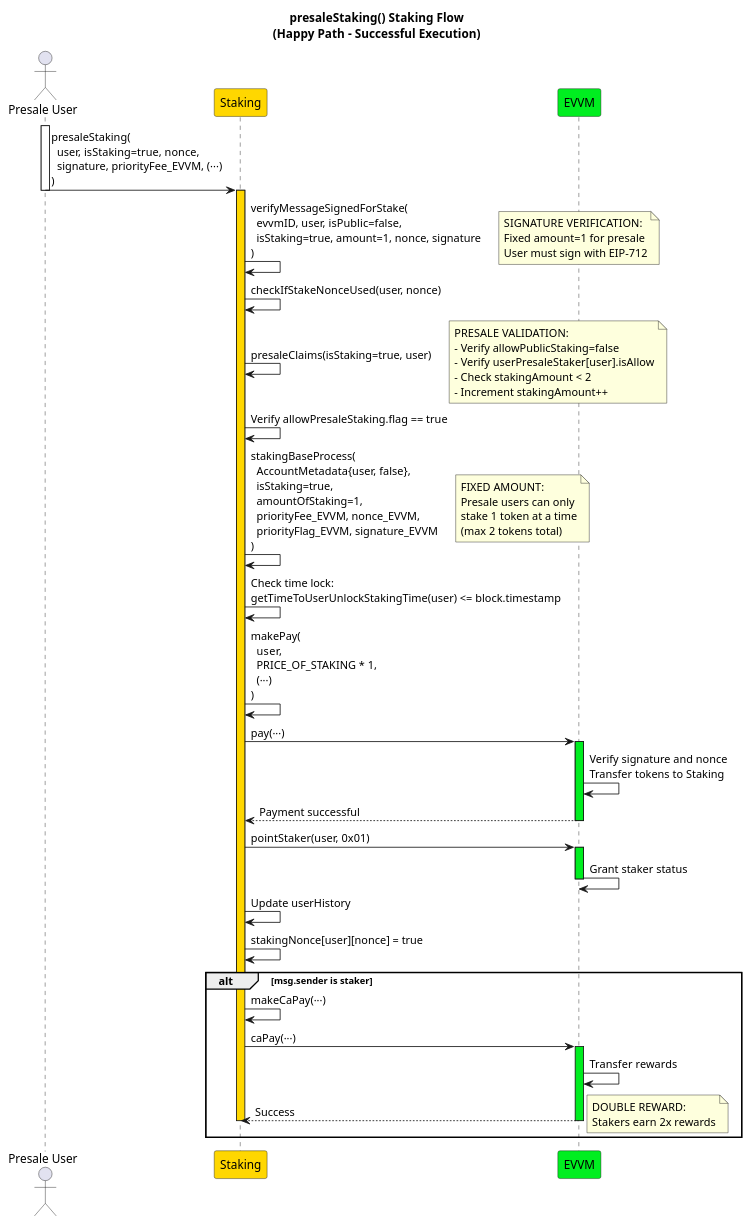
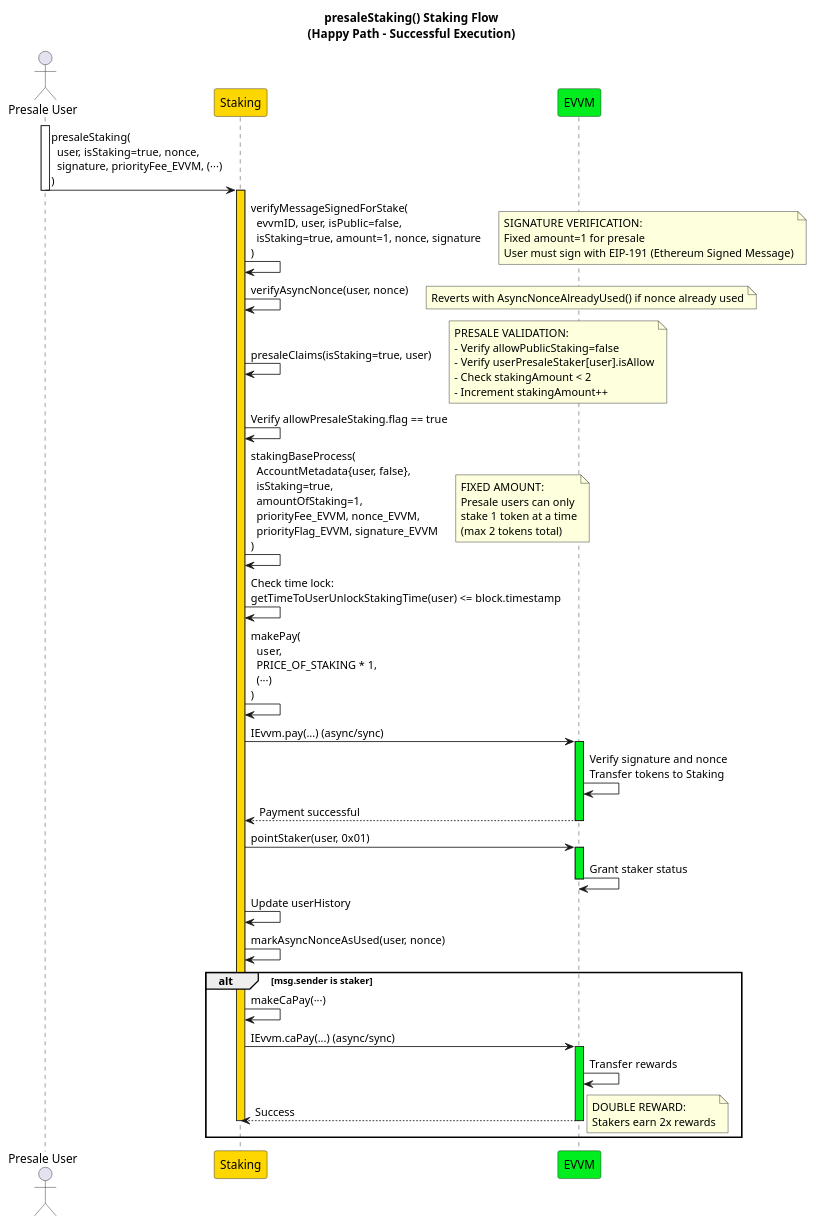
Before and after one commit to EVVM-org/documentation-website: the diagram in docs/04-Contracts/03-Staking/02-StakingContract/01-StakingFunctions/img/_plantUML/02presaleStaking/presaleStaking_Staking_HappyPath.puml, drawn with PlantUML. The commit also changed 134 other files, not shown here.

```diff
--- a/docs/04-Contracts/03-Staking/02-StakingContract/01-StakingFunctions/img/_plantUML/02presaleStaking/presaleStaking_Staking_HappyPath.puml
+++ b/docs/04-Contracts/03-Staking/02-StakingContract/01-StakingFunctions/img/_plantUML/02presaleStaking/presaleStaking_Staking_HappyPath.puml
@@ -1,68 +1,69 @@
 @startuml
 
 <style>
 document {
   BackGroundColor white
 }
 </style>
 
 title presaleStaking() Staking Flow\n(Happy Path - Successful Execution)
 
 actor "Presale User" as user
 participant "Staking" as staking #FFD700
 participant "EVVM" as evvm #00EE20
 
 activate user
 
 user -> staking : presaleStaking(\n  user, isStaking=true, nonce,\n  signature, priorityFee_EVVM, (···)\n)
 
 deactivate user
 
 activate staking #FFD700
 
 staking -> staking : verifyMessageSignedForStake(\n  evvmID, user, isPublic=false,\n  isStaking=true, amount=1, nonce, signature\n)
-note right : SIGNATURE VERIFICATION:\nFixed amount=1 for presale\nUser must sign with EIP-712
+note right : SIGNATURE VERIFICATION:\nFixed amount=1 for presale\nUser must sign with EIP-191 (Ethereum Signed Message)
 
-staking -> staking : checkIfStakeNonceUsed(user, nonce)
+staking -> staking : verifyAsyncNonce(user, nonce)
+note right : Reverts with AsyncNonceAlreadyUsed() if nonce already used
 
 staking -> staking : presaleClaims(isStaking=true, user)
 note right : PRESALE VALIDATION:\n- Verify allowPublicStaking=false\n- Verify userPresaleStaker[user].isAllow\n- Check stakingAmount < 2\n- Increment stakingAmount++
 
 staking -> staking : Verify allowPresaleStaking.flag == true
 
 staking -> staking : stakingBaseProcess(\n  AccountMetadata{user, false},\n  isStaking=true,\n  amountOfStaking=1,\n  priorityFee_EVVM, nonce_EVVM,\n  priorityFlag_EVVM, signature_EVVM\n)
 note right : FIXED AMOUNT:\nPresale users can only\nstake 1 token at a time\n(max 2 tokens total)
 
 staking -> staking : Check time lock:\ngetTimeToUserUnlockStakingTime(user) <= block.timestamp
 
 staking -> staking : makePay(\n  user,\n  PRICE_OF_STAKING * 1,\n  (···)\n)
 
-staking -> evvm : pay(···)
+staking -> evvm : IEvvm.pay(...) (async/sync)
 activate evvm #00EE20
 evvm -> evvm : Verify signature and nonce\nTransfer tokens to Staking
 evvm --> staking : Payment successful
 deactivate evvm
 
 staking -> evvm : pointStaker(user, 0x01)
 activate evvm #00EE20
 evvm -> evvm : Grant staker status
 deactivate evvm
 
 staking -> staking : Update userHistory
 
-staking -> staking : stakingNonce[user][nonce] = true
+staking -> staking : markAsyncNonceAsUsed(user, nonce)
 
 alt #white msg.sender is staker
     staking -> staking : makeCaPay(···)
     
-    staking -> evvm : caPay(···)
+    staking -> evvm : IEvvm.caPay(...) (async/sync)
     activate evvm #00EE20
     evvm -> evvm : Transfer rewards
     evvm --> staking : Success
     deactivate evvm
     
     note right : DOUBLE REWARD:\nStakers earn 2x rewards
     deactivate staking
 end
 
 @enduml
```
